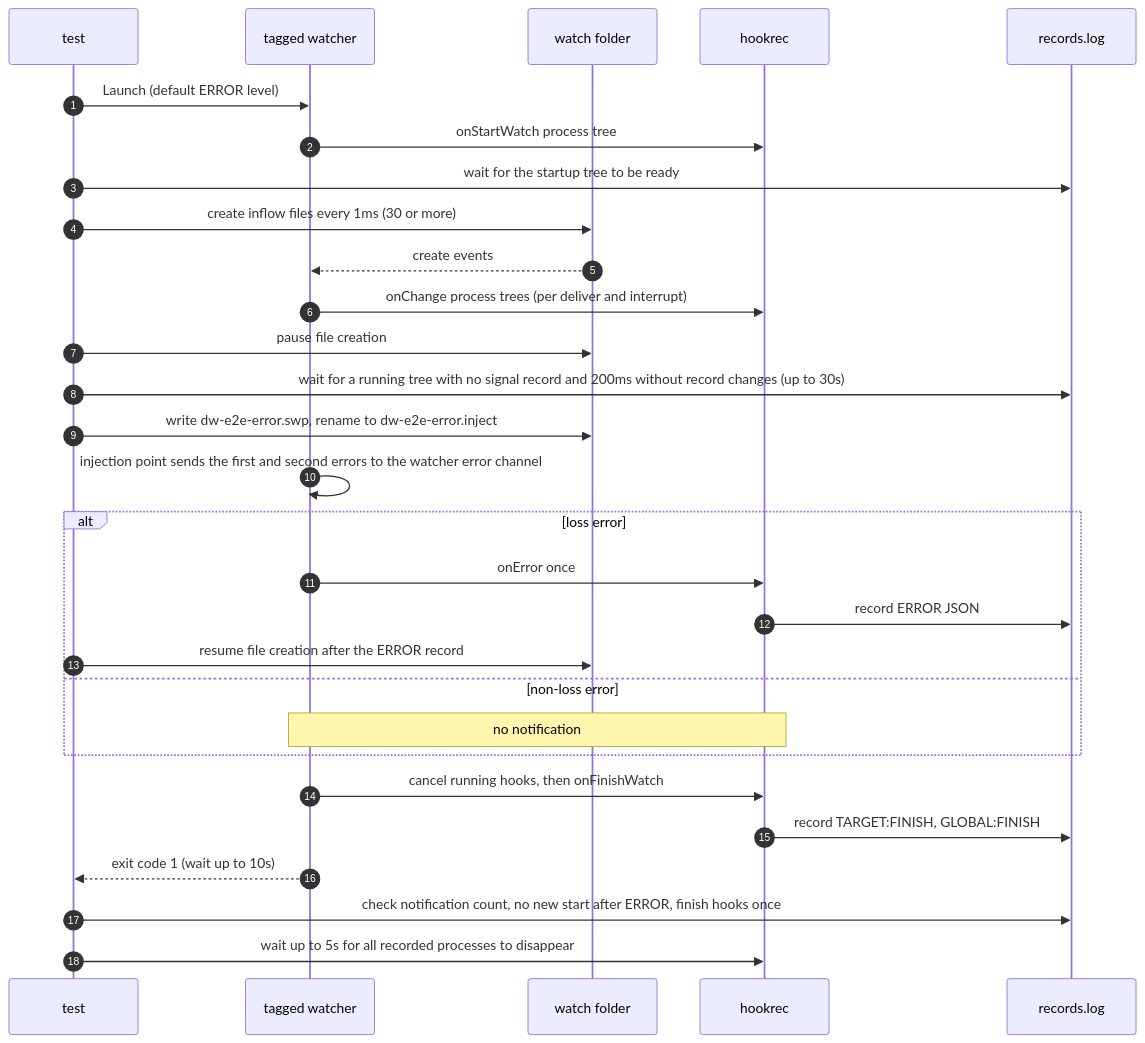
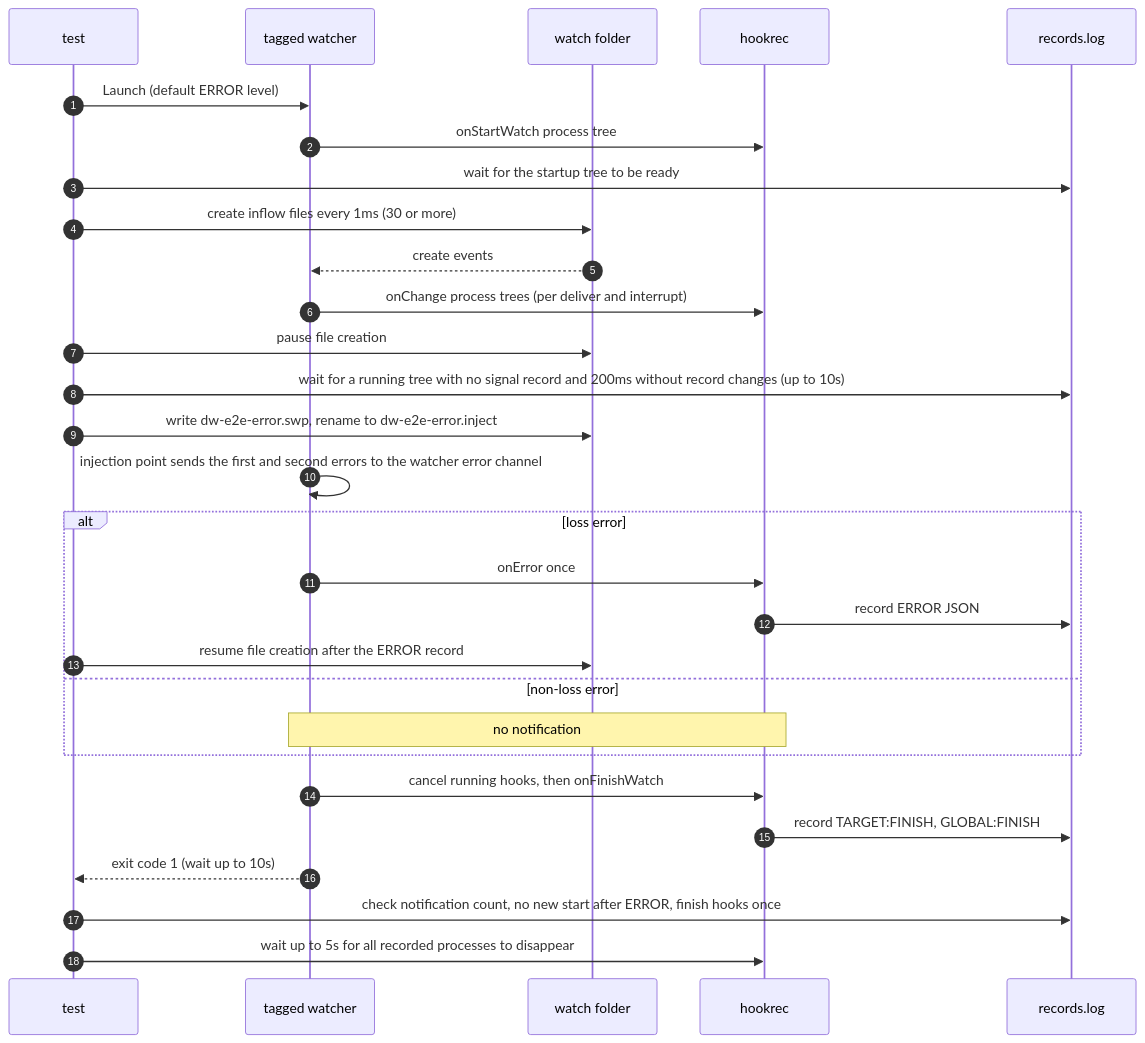
One commit to seungyeop-lee/directory-watcher changed the diagram in e2e/docs/scenarios/injected-loss-notification-cli.md. Above: the diagram before and after it, drawn with Mermaid. The commit also changed other lines of this file and 6 other files, not shown here.

````diff
--- a/e2e/docs/scenarios/injected-loss-notification-cli.md
+++ b/e2e/docs/scenarios/injected-loss-notification-cli.md
@@ -64,31 +63,31 @@
 ```mermaid
 sequenceDiagram
     autonumber
     participant testCode as test
     participant watcherProc as tagged watcher
     participant watchDir as watch folder
     participant hookRec as hookrec
     participant recordFile as records.log
     testCode->>watcherProc: Launch (default ERROR level)
     watcherProc->>hookRec: onStartWatch process tree
     testCode->>recordFile: wait for the startup tree to be ready
     testCode->>watchDir: create inflow files every 1ms (30 or more)
     watchDir-->>watcherProc: create events
     watcherProc->>hookRec: onChange process trees (per deliver and interrupt)
     testCode->>watchDir: pause file creation
-    testCode->>recordFile: wait for a running tree with no signal record and 200ms without record changes (up to 30s)
+    testCode->>recordFile: wait for a running tree with no signal record and 200ms without record changes (up to 10s)
     testCode->>watchDir: write dw-e2e-error.swp, rename to dw-e2e-error.inject
     watcherProc->>watcherProc: injection point sends the first and second errors to the watcher error channel
     alt loss error
         watcherProc->>hookRec: onError once
         hookRec->>recordFile: record ERROR JSON
         testCode->>watchDir: resume file creation after the ERROR record
     else non-loss error
         Note over watcherProc,hookRec: no notification
     end
     watcherProc->>hookRec: cancel running hooks, then onFinishWatch
     hookRec->>recordFile: record TARGET:FINISH, GLOBAL:FINISH
     watcherProc-->>testCode: exit code 1 (wait up to 10s)
     testCode->>recordFile: check notification count, no new start after ERROR, finish hooks once
     testCode->>hookRec: wait up to 5s for all recorded processes to disappear
 ```
````
